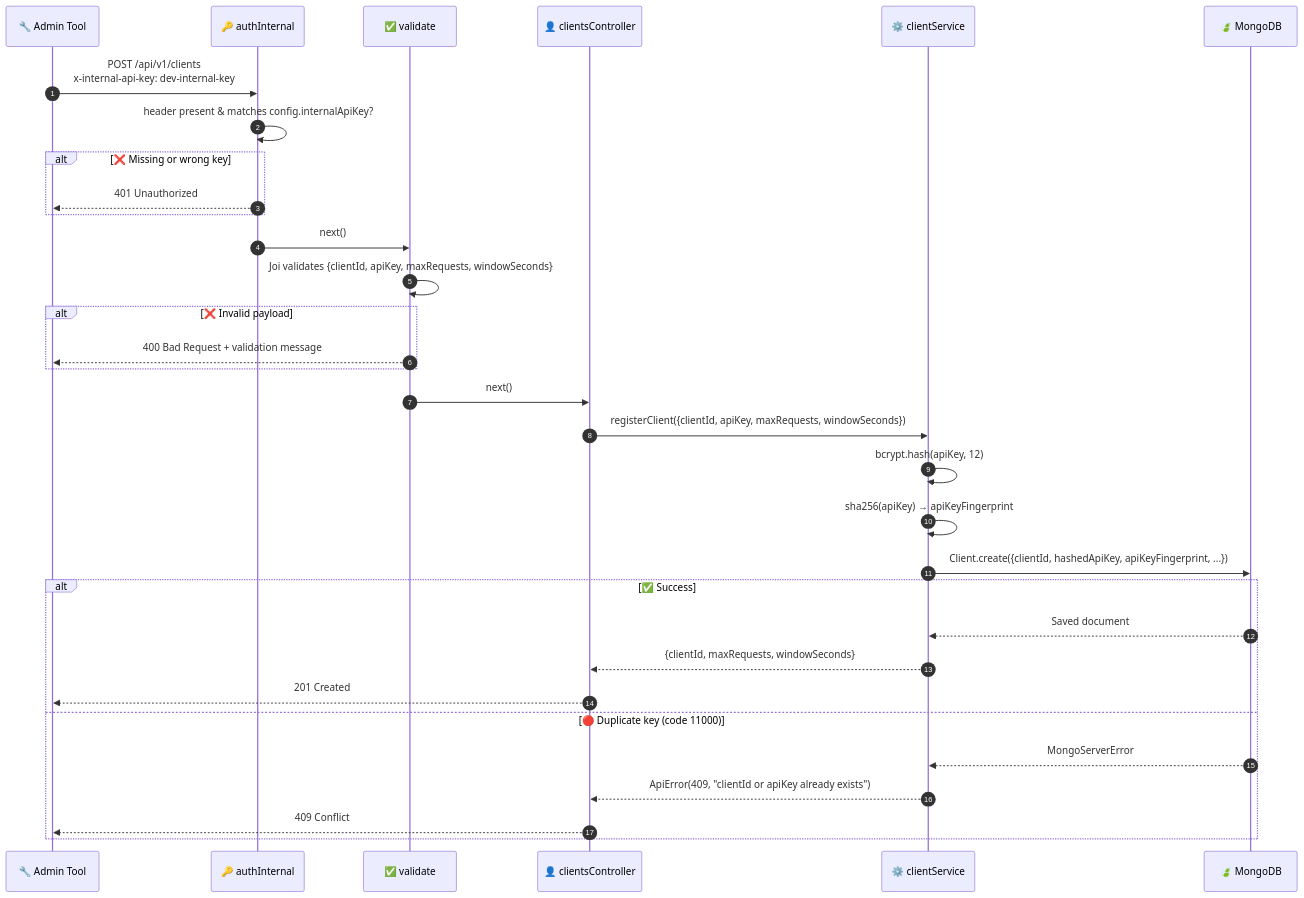
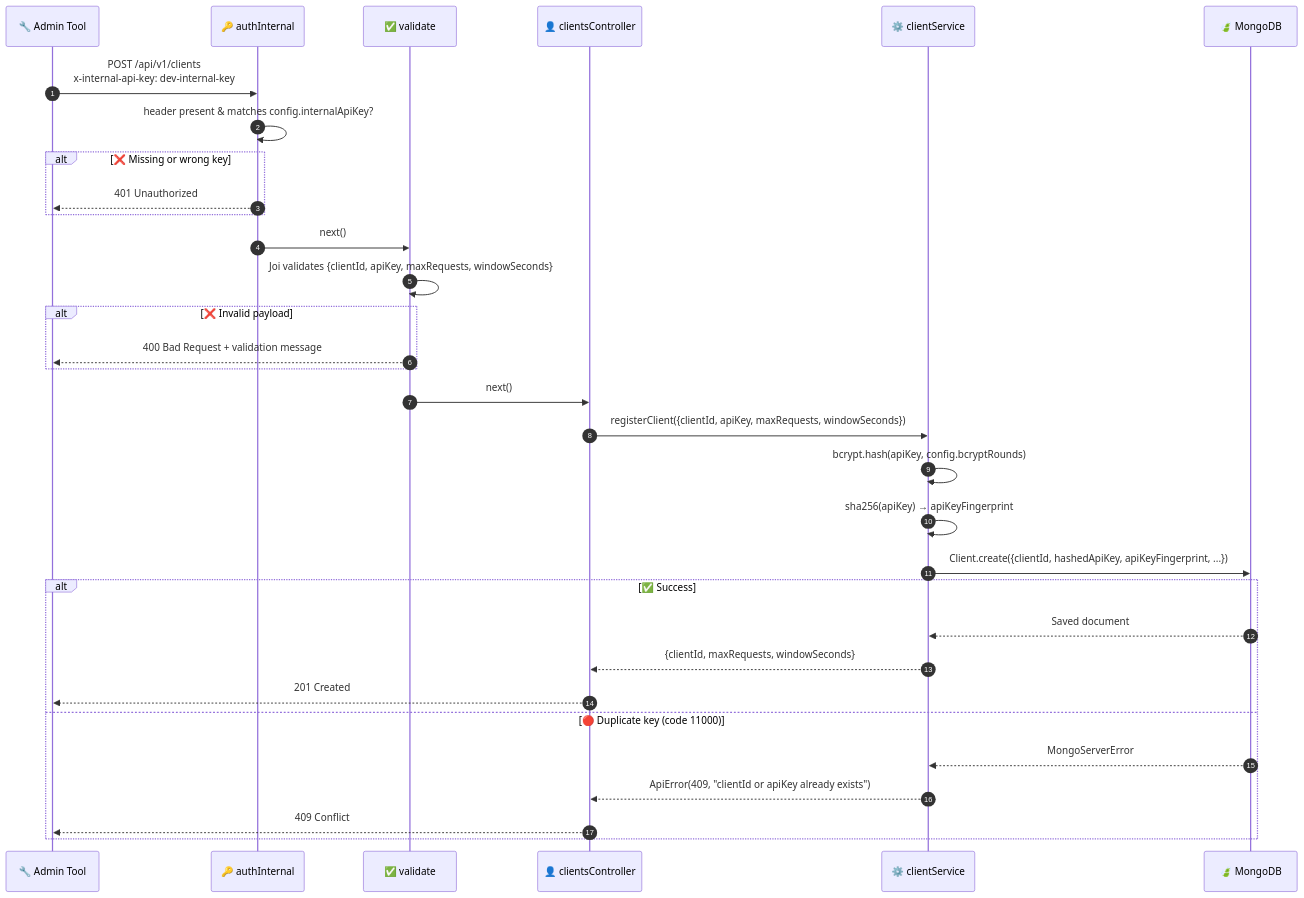
The third of 8 diagrams in README.md (ramalokeshreddyp/RateGuard), drawn with Mermaid before and after one commit. The commit also changed other lines of this file and 2 other files, not shown here.

Commit message:
docs: comprehensive rewrite of README, ARCHITECTURE, and projectdocumentation (v2.0) - 43 tests, GET /clients/:id, X-RateLimit-* headers, BCRYPT_ROUNDS, ioredis-mock, .dockerignore

````diff
--- a/README.md
+++ b/README.md
@@ -250,40 +254,40 @@
 ```mermaid
 sequenceDiagram
     autonumber
     participant ADM as 🔧 Admin Tool
     participant AUTH as 🔑 authInternal
     participant VAL as ✅ validate
     participant CC as 👤 clientsController
     participant CS as ⚙️ clientService
     participant MDB as 🍃 MongoDB
 
     ADM->>AUTH: POST /api/v1/clients<br/>x-internal-api-key: dev-internal-key
     AUTH->>AUTH: header present & matches config.internalApiKey?
 
     alt ❌ Missing or wrong key
         AUTH-->>ADM: 401 Unauthorized
     end
 
     AUTH->>VAL: next()
     VAL->>VAL: Joi validates {clientId, apiKey, maxRequests, windowSeconds}
 
     alt ❌ Invalid payload
         VAL-->>ADM: 400 Bad Request + validation message
     end
 
     VAL->>CC: next()
     CC->>CS: registerClient({clientId, apiKey, maxRequests, windowSeconds})
-    CS->>CS: bcrypt.hash(apiKey, 12)
+    CS->>CS: bcrypt.hash(apiKey, config.bcryptRounds)
     CS->>CS: sha256(apiKey) → apiKeyFingerprint
     CS->>MDB: Client.create({clientId, hashedApiKey, apiKeyFingerprint, ...})
 
     alt ✅ Success
         MDB-->>CS: Saved document
         CS-->>CC: {clientId, maxRequests, windowSeconds}
         CC-->>ADM: 201 Created
     else 🔴 Duplicate key (code 11000)
         MDB-->>CS: MongoServerError
         CS-->>CC: ApiError(409, "clientId or apiKey already exists")
         CC-->>ADM: 409 Conflict
     end
 ```
````
